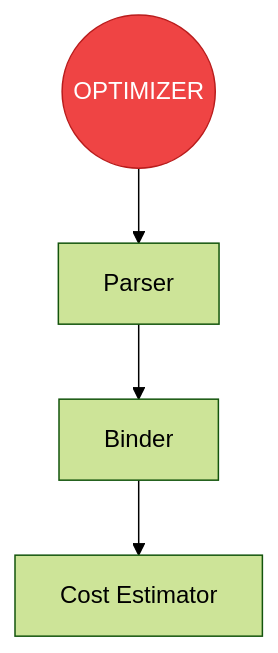
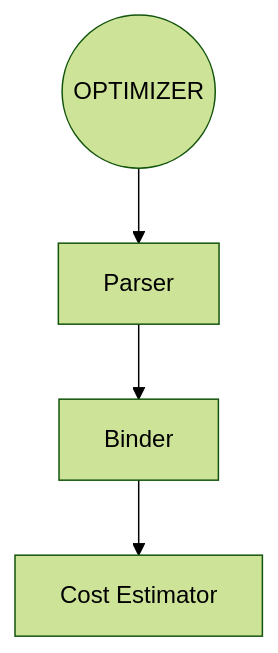
Before and after one commit to rraulherediaa/PracticasEstructurasDatos: the eighth of 12 diagrams in README.md, drawn with Mermaid (forest theme). The commit also changed other lines of this file and 1 other file, not shown here.

Commit message:
fix: simplificar diagramas Mermaid al máximo para asegurar compatibilidad total

````diff
--- a/README.md
+++ b/README.md
@@ -103,8 +82,5 @@
 ```mermaid
 flowchart TD
     Opt(("OPTIMIZER"))
     Opt --> P["Parser"] --> B["Binder"] --> C["Cost Estimator"]
-
-    classDef core fill:#ef4444,color:#fff,stroke:#b91c1c
-    class Opt core
 ```
````
